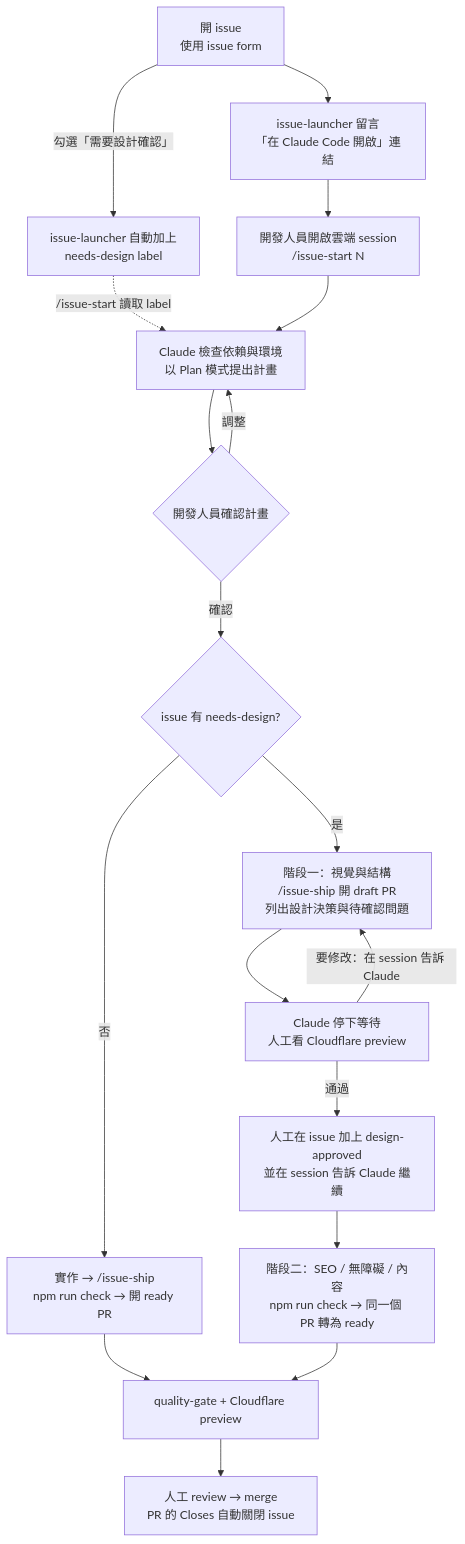
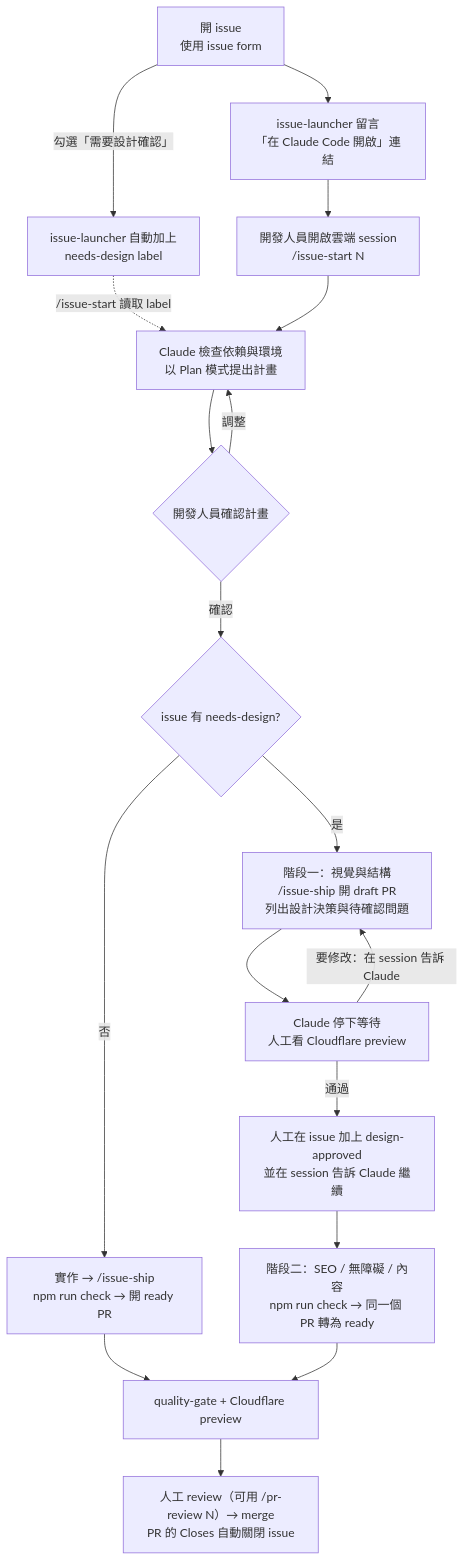
Before and after one commit to TPI-WenpinLiao/tpi-website-ai-poc: the diagram in README.md, drawn with Mermaid. The commit also changed other lines of this file and 6 other files, not shown here.

````diff
--- a/README.md
+++ b/README.md
@@ -14,20 +14,20 @@
 ```mermaid
 flowchart TD
   A[開 issue<br/>使用 issue form] --> B[issue-launcher 留言<br/>「在 Claude Code 開啟」連結]
   A -->|勾選「需要設計確認」| L[issue-launcher 自動加上<br/>needs-design label]
   B --> C[開發人員開啟雲端 session<br/>/issue-start N]
   L -.->|/issue-start 讀取 label| D
   C --> D[Claude 檢查依賴與環境<br/>以 Plan 模式提出計畫]
   D --> E{開發人員確認計畫}
   E -->|調整| D
   E -->|確認| F{issue 有 needs-design?}
   F -->|否| G[實作 → /issue-ship<br/>npm run check → 開 ready PR]
   F -->|是| H[階段一：視覺與結構<br/>/issue-ship 開 draft PR<br/>列出設計決策與待確認問題]
   H --> P[Claude 停下等待<br/>人工看 Cloudflare preview]
   P -->|要修改：在 session 告訴 Claude| H
   P -->|通過| Q[人工在 issue 加上 design-approved<br/>並在 session 告訴 Claude 繼續]
   Q --> J[階段二：SEO / 無障礙 / 內容<br/>npm run check → 同一個 PR 轉為 ready]
   G --> K[quality-gate + Cloudflare preview]
   J --> K
-  K --> M[人工 review → merge<br/>PR 的 Closes 自動關閉 issue]
+  K --> M[人工 review（可用 /pr-review N）→ merge<br/>PR 的 Closes 自動關閉 issue]
 ```
````
